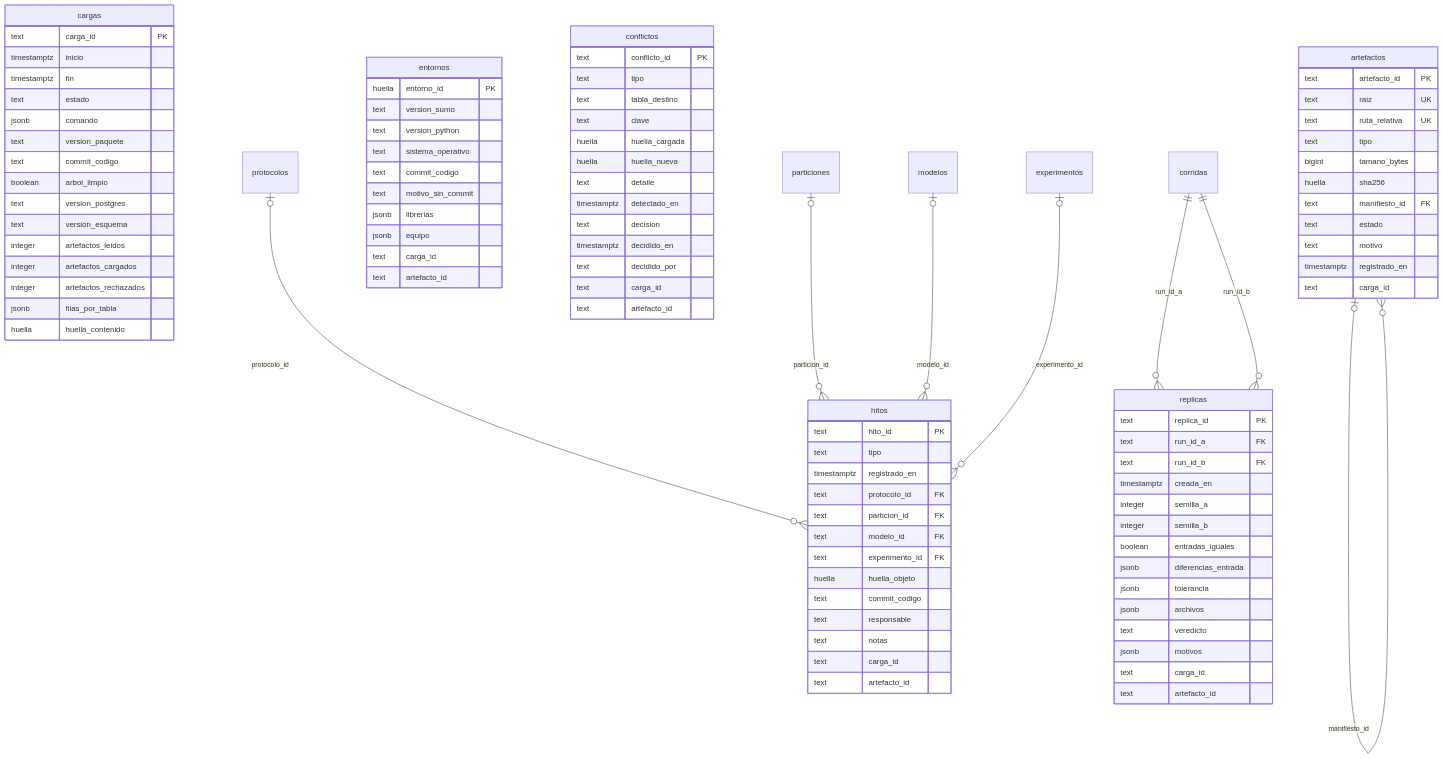
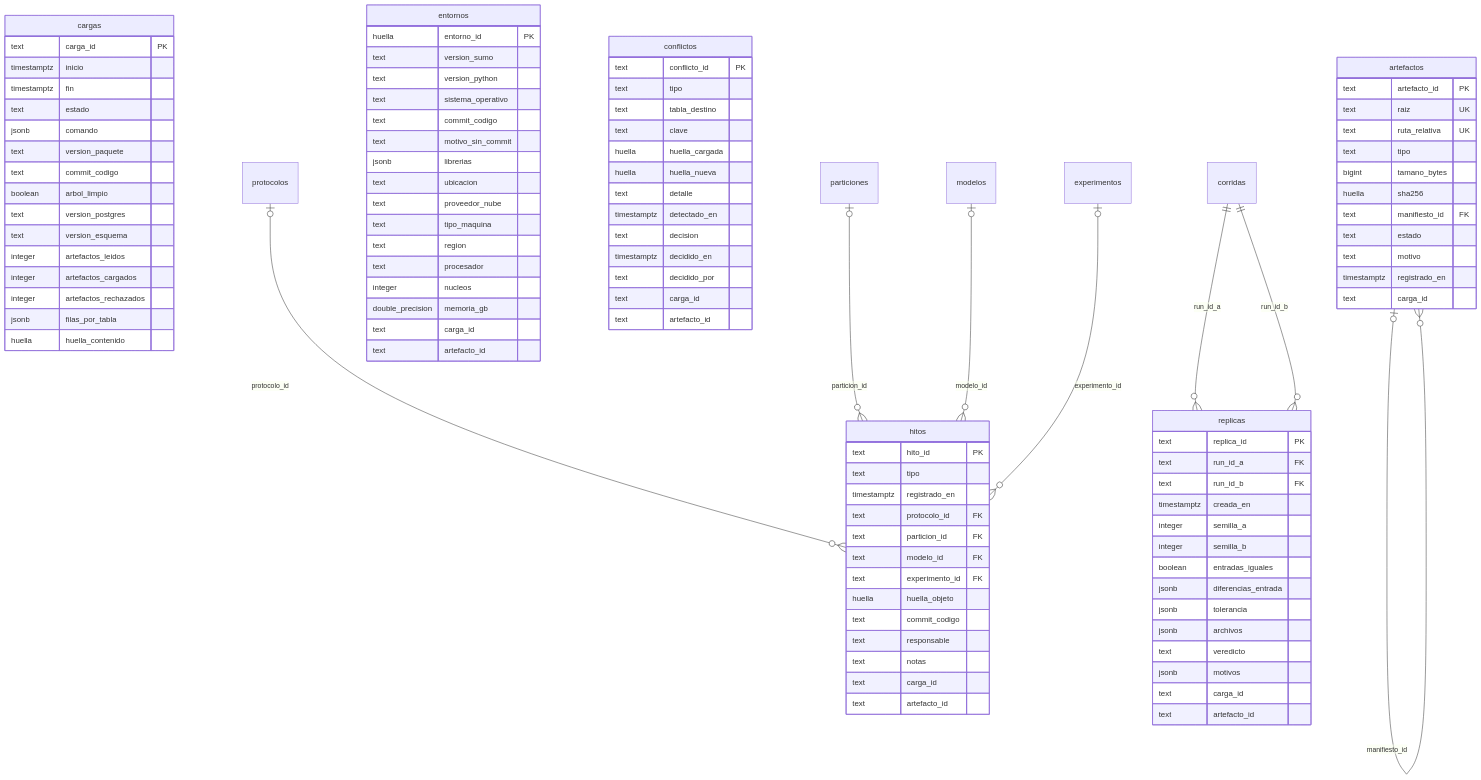
One commit to traffic-signal-timing-optimizer/estimador-tiempos-semaforicos changed the second of 7 diagrams in docs/bd/diccionario.md. Above: the diagram before and after it, drawn with Mermaid. The commit also changed other lines of this file and 4 other files, not shown here.

```diff
--- a/docs/bd/diccionario.md
+++ b/docs/bd/diccionario.md
@@ -466,7 +466,13 @@
     text commit_codigo
     text motivo_sin_commit
     jsonb librerias
-    jsonb equipo
+    text ubicacion
+    text proveedor_nube
+    text tipo_maquina
+    text region
+    text procesador
+    integer nucleos
+    double_precision memoria_gb
     text carga_id
     text artefacto_id
   }
```
